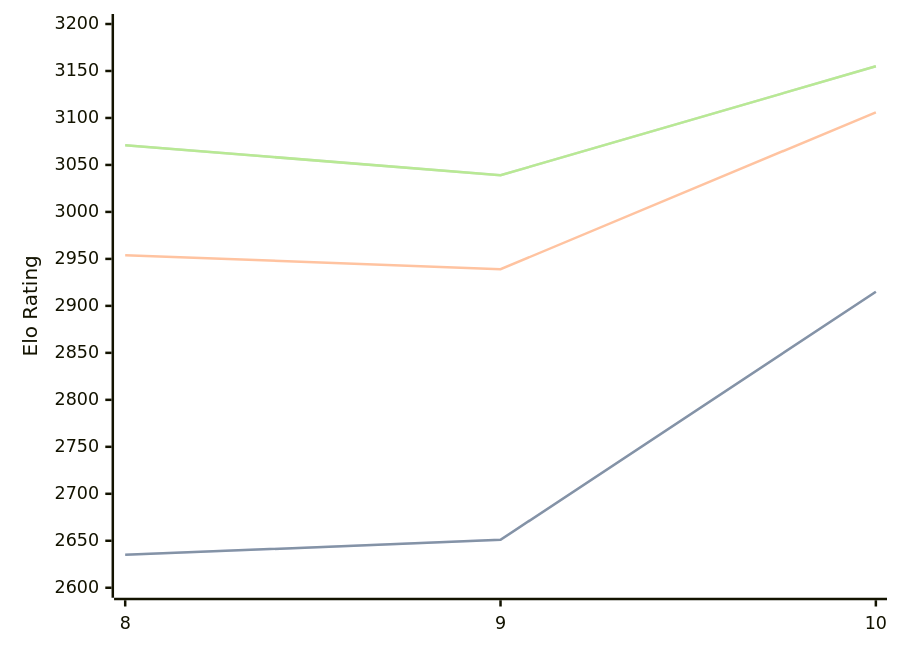
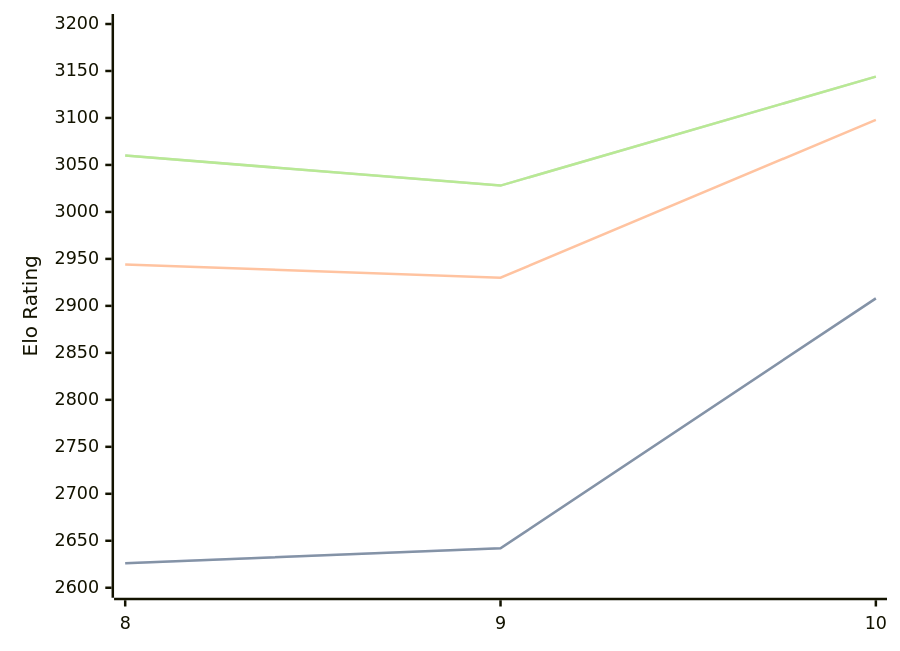
The diagram in engines/Lozza.md (computer-chess-index/cci), drawn with Mermaid before and after one commit. The commit also changed other lines of this file, not shown here.

Commit message:
Update CCI Ratings (ELO VLTC) - 2026-03-19

````diff
--- a/engines/Lozza.md
+++ b/engines/Lozza.md
@@ -39,11 +39,11 @@
 ```mermaid
 %%{init: {"theme":"base","themeVariables":{"seriesColors:['#a3a3a3','#222221','#faa371']}}}%%
 xychart-beta
   x-axis ["8", "9", "10"]
   y-axis "Elo Rating" 2600 --> 3200
-  line "STC (8.0+0.08s)" [2635, 2651, 2915]
-  line "STC (8.0+0.08s)" [2635, 2651, 2915]
-  line "LTC (60.0+0.60s)" [2954, 2939, 3106]
-  line "VLTC (2m24s+1.12s)" [3071, 3039, 3155]
-  line "VLTC (2m24s+1.12s)" [3071, 3039, 3155]
+  line "STC (8.0+0.08s)" [2626, 2642, 2908]
+  line "STC (8.0+0.08s)" [2626, 2642, 2908]
+  line "LTC (60.0+0.60s)" [2944, 2930, 3098]
+  line "VLTC (2m24s+1.12s)" [3060, 3028, 3144]
+  line "VLTC (2m24s+1.12s)" [3060, 3028, 3144]
 ```
````
